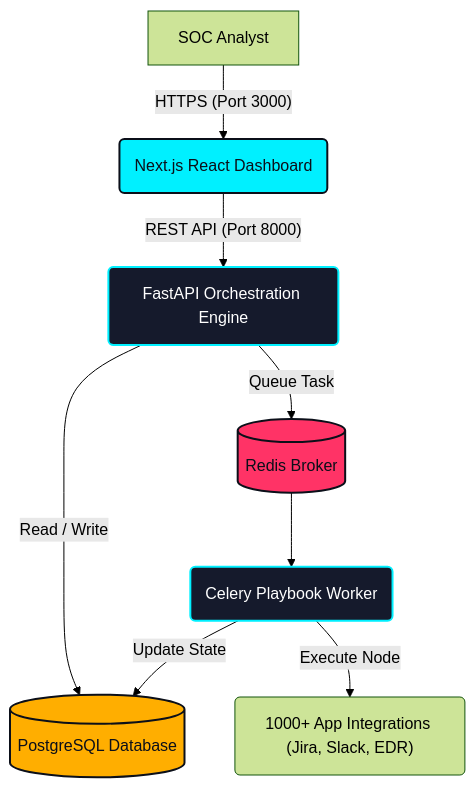
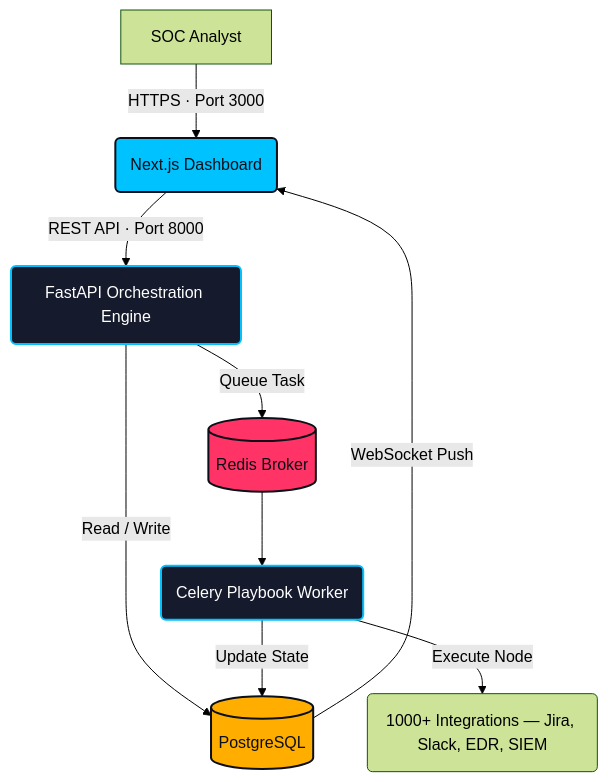
The diagram in README.md (Masriyan/Asu-SOAR), drawn with Mermaid (forest theme) before and after one commit. The commit also changed other lines of this file and 5 other files, not shown here.

````diff
--- a/README.md
+++ b/README.md
@@ -36,17 +38,18 @@
 ```mermaid
 graph TD
-    classDef frontend fill:#00F0FF,stroke:#0B0F19,stroke-width:2px,color:#0B0F19
-    classDef backend fill:#151A2C,stroke:#00F0FF,stroke-width:2px,color:#FFF
+    classDef frontend fill:#00C2FF,stroke:#0B0F19,stroke-width:2px,color:#0B0F19
+    classDef backend fill:#151A2C,stroke:#00C2FF,stroke-width:2px,color:#FFF
     classDef db fill:#FFAE00,stroke:#0B0F19,stroke-width:2px,color:#0B0F19
     classDef cache fill:#FF3366,stroke:#0B0F19,stroke-width:2px,color:#0B0F19
 
-    User[SOC Analyst] --> |"HTTPS (Port 3000)"| UI(Next.js React Dashboard):::frontend
-    UI --> |"REST API (Port 8000)"| API(FastAPI Orchestration Engine):::backend
-    
-    API --> |"Read / Write"| DB[(PostgreSQL Database)]:::db
+    User[SOC Analyst] --> |"HTTPS · Port 3000"| UI(Next.js Dashboard):::frontend
+    UI --> |"REST API · Port 8000"| API(FastAPI Orchestration Engine):::backend
+
+    API --> |"Read / Write"| DB[(PostgreSQL)]:::db
     API --> |"Queue Task"| Redis[(Redis Broker)]:::cache
-    
+
     Redis --> Worker(Celery Playbook Worker):::backend
-    Worker --> |"Execute Node"| ExternalTools("1000+ App Integrations (Jira, Slack, EDR)")
+    Worker --> |"Execute Node"| Tools("1000+ Integrations — Jira, Slack, EDR, SIEM")
     Worker --> |"Update State"| DB
+    DB --> |"WebSocket Push"| UI
 ```
````
